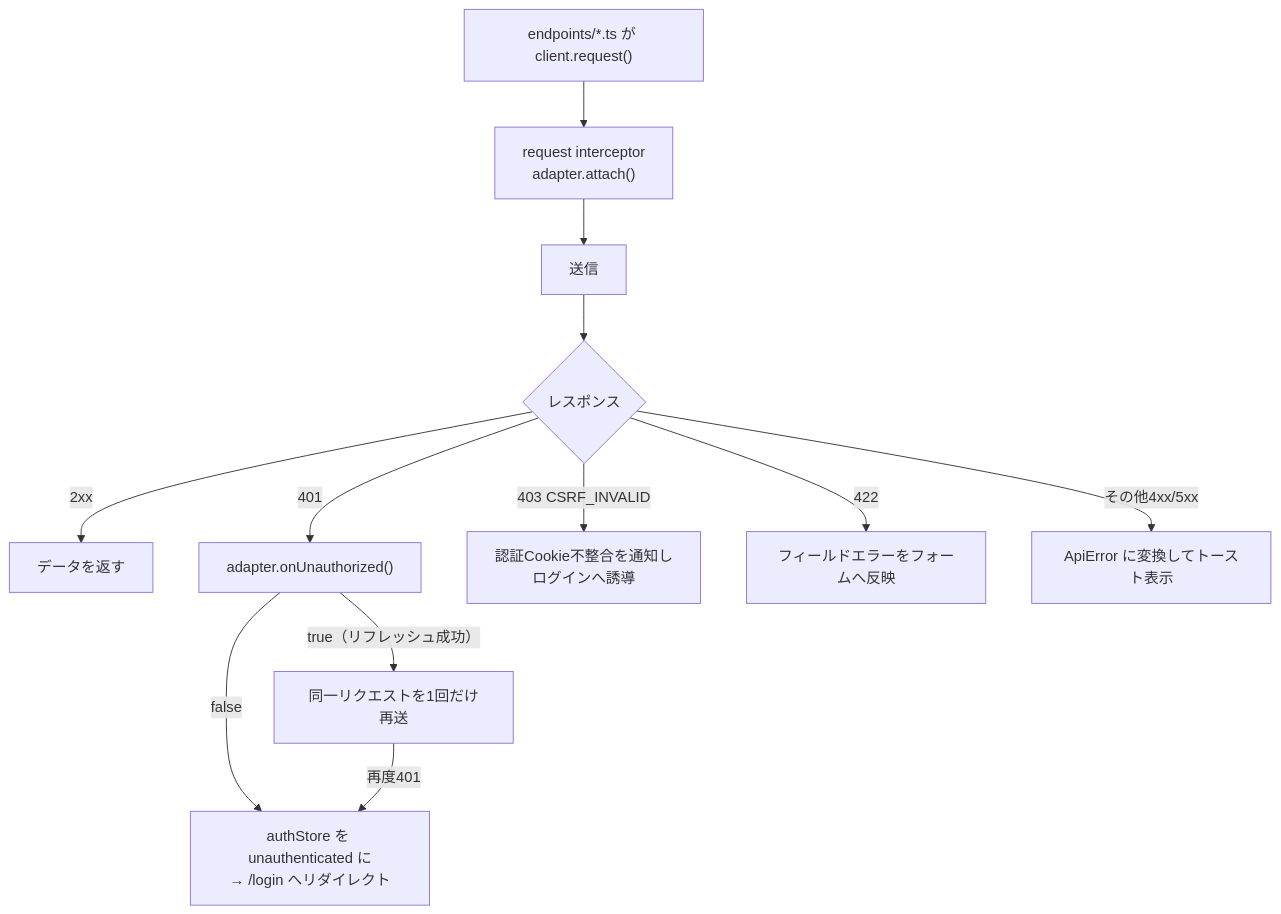
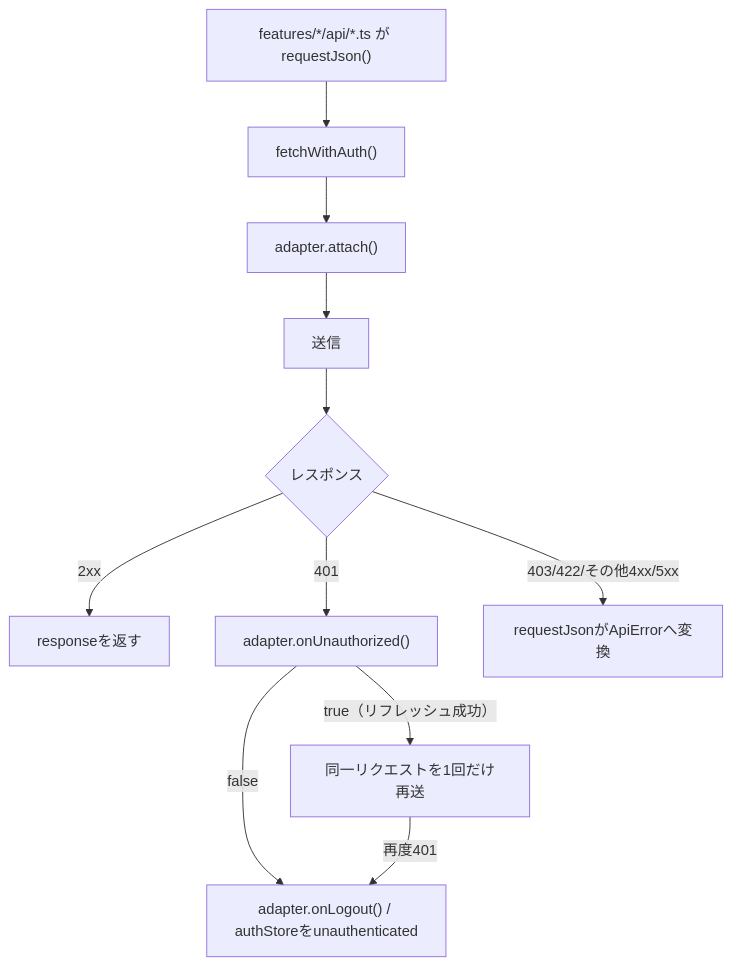
Before and after one commit to oikawa-d/task_management: the seventh of 8 diagrams in docs/basic_design/05_frontend.md, drawn with Mermaid. The commit also changed other lines of this file and 75 other files, not shown here.

````diff
--- a/docs/basic_design/05_frontend.md
+++ b/docs/basic_design/05_frontend.md
@@ -388,14 +387,13 @@
 ```mermaid
 flowchart TB
-    A["endpoints/*.ts が client.request()"] --> B["request interceptor<br/>adapter.attach()"]
-    B --> C["送信"]
-    C --> D{"レスポンス"}
-    D -->|"2xx"| E["データを返す"]
-    D -->|"401"| F["adapter.onUnauthorized()"]
-    F -->|"true（リフレッシュ成功）"| G["同一リクエストを1回だけ再送"]
-    F -->|"false"| H["authStore を unauthenticated に<br/>→ /login へリダイレクト"]
-    D -->|"403 CSRF_INVALID"| I["認証Cookie不整合を通知し<br/>ログインへ誘導"]
-    D -->|"422"| J["フィールドエラーをフォームへ反映"]
-    D -->|"その他4xx/5xx"| K["ApiError に変換してトースト表示"]
-    G -->|"再度401"| H
+    A["features/*/api/*.ts が requestJson()"] --> B["fetchWithAuth()"]
+    B --> C["adapter.attach()"]
+    C --> D["送信"]
+    D --> E{"レスポンス"}
+    E -->|"2xx"| F["responseを返す"]
+    E -->|"401"| G["adapter.onUnauthorized()"]
+    G -->|"true（リフレッシュ成功）"| H["同一リクエストを1回だけ再送"]
+    G -->|"false"| I["adapter.onLogout() / authStoreをunauthenticated"]
+    E -->|"403/422/その他4xx/5xx"| J["requestJsonがApiErrorへ変換"]
+    H -->|"再度401"| I
 ```
````
